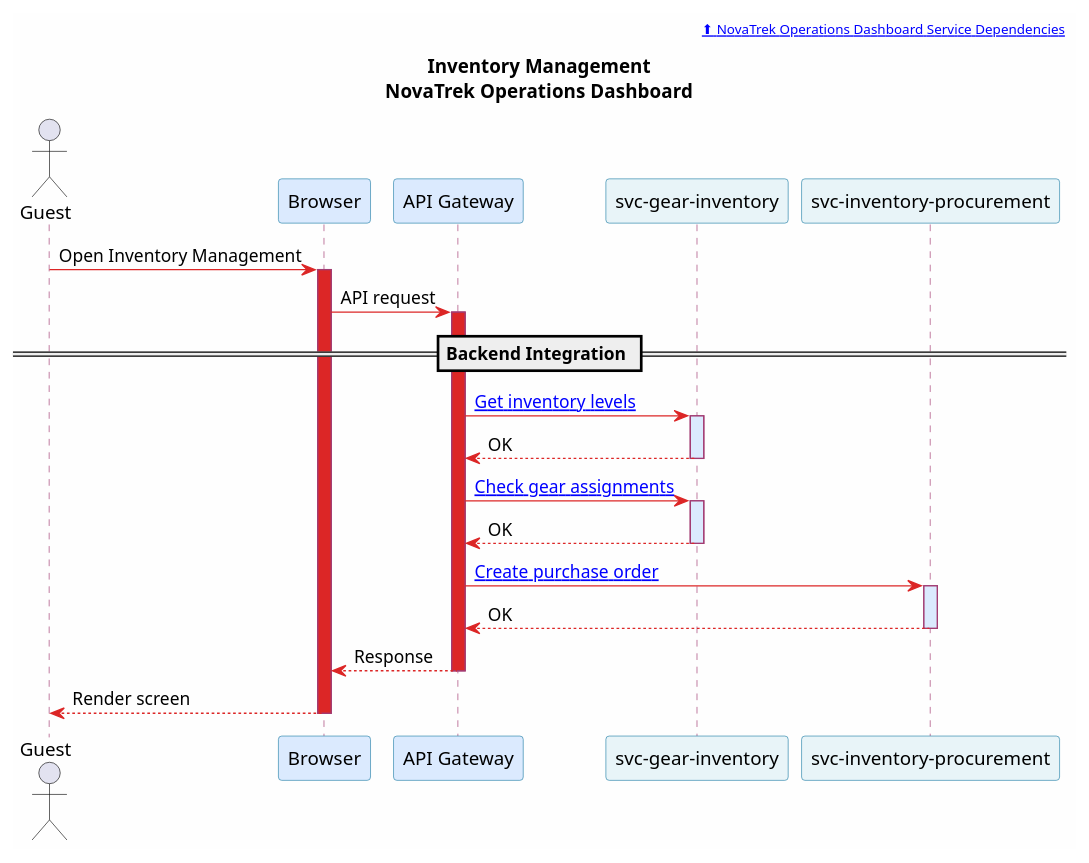
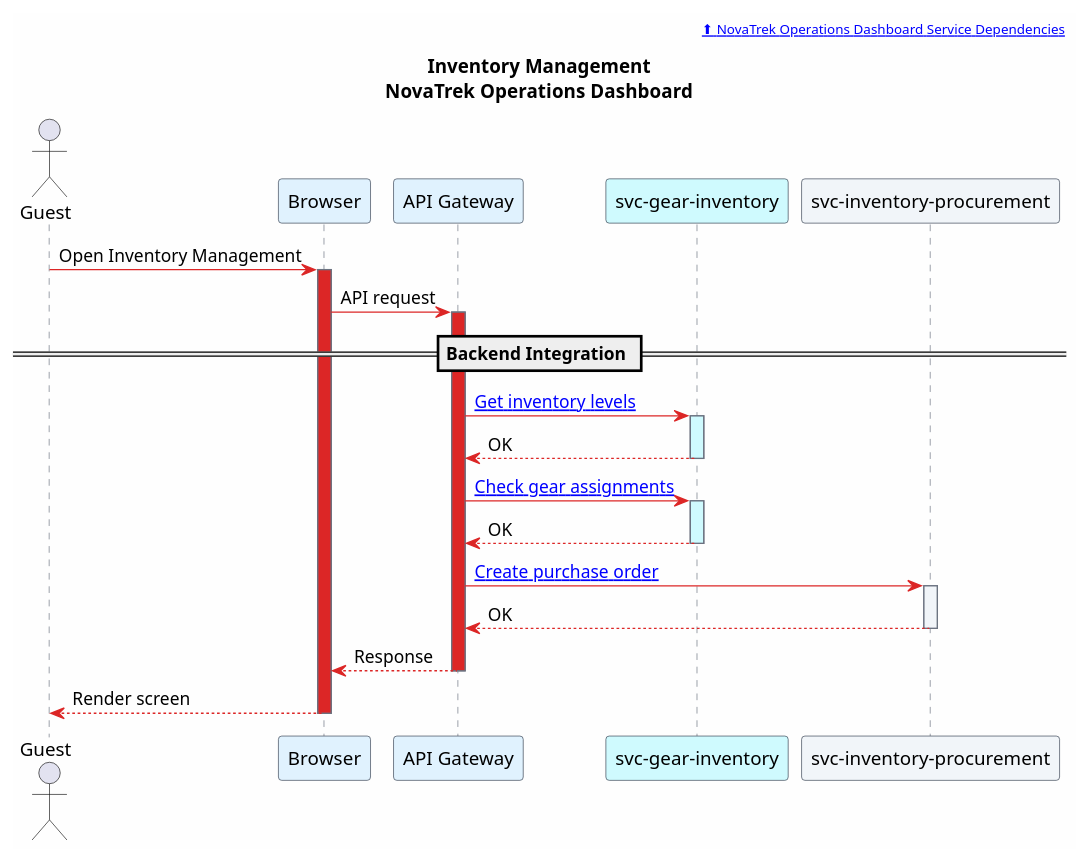
The diagram in portal/site/applications/puml/web-ops-dashboard--inventory-management.puml (christopherblaisdell/continuous-architecture-platform-poc), drawn with PlantUML before and after one commit. The commit also changed 727 other files, not shown here.

```diff
--- a/portal/site/applications/puml/web-ops-dashboard--inventory-management.puml
+++ b/portal/site/applications/puml/web-ops-dashboard--inventory-management.puml
@@ -1,54 +1,54 @@
 @startuml web-ops-dashboard--inventory-management
 
 skinparam backgroundColor #FEFEFE
 skinparam shadowing false
 skinparam defaultFontName "Segoe UI"
 skinparam sequence {
     ArrowColor #dc2626
-    ParticipantBorderColor #2E86AB
-    ParticipantBackgroundColor #E8F4F8
-    LifeLineBorderColor #A23B72
-    BoxBorderColor #F18F01
-    BoxBackgroundColor #FFF8F0
-    NoteBorderColor #c77b30
-    NoteBackgroundColor #FEF3E7
+    ParticipantBorderColor #374151
+    ParticipantBackgroundColor #F9FAFB
+    LifeLineBorderColor #6B7280
+    BoxBorderColor #94A3B8
+    BoxBackgroundColor #F8FAFC
+    NoteBorderColor #64748B
+    NoteBackgroundColor #F8FAFC
 }
 
 header [[/applications/web-ops-dashboard/#service-dependencies ⬆ NovaTrek Operations Dashboard Service Dependencies]]
 
 title Inventory Management\nNovaTrek Operations Dashboard
 
 actor "Guest" as User [[/actors/#guest]]
-participant "Browser" as App [[/applications/web-ops-dashboard/]] #DBEAFE
-participant "API Gateway" as GW [[/actors/#api-gateway]] #DBEAFE
-participant "svc-gear-inventory" as GI [[/microservices/svc-gear-inventory/]] #E8F4F8
-participant "svc-inventory-procurement" as IP [[/microservices/svc-inventory-procurement/]] #E8F4F8
+participant "Browser" as App [[/applications/web-ops-dashboard/]] #E0F2FE
+participant "API Gateway" as GW [[/actors/#api-gateway]] #E0F2FE
+participant "svc-gear-inventory" as GI [[/microservices/svc-gear-inventory/]] #CFFAFE
+participant "svc-inventory-procurement" as IP [[/microservices/svc-inventory-procurement/]] #F1F5F9
 
 User -> App : Open Inventory Management
 activate App #dc2626
 App -> GW : API request
 activate GW #dc2626
 
 == Backend Integration ==
 
 GW -> GI : [[/microservices/svc-gear-inventory/#get-gear-items-search-gear-inventory Get inventory levels]]
-activate GI #DBEAFE
+activate GI #CFFAFE
 GI --> GW : OK
 deactivate GI
 
 GW -> GI : [[/microservices/svc-gear-inventory/#get-gear-assignmentsassignment_id-get-gear-assignment-details Check gear assignments]]
-activate GI #DBEAFE
+activate GI #CFFAFE
 GI --> GW : OK
 deactivate GI
 
 GW -> IP : [[/microservices/svc-inventory-procurement/#post-purchase-orders-create-a-new-purchase-order Create purchase order]]
-activate IP #DBEAFE
+activate IP #F1F5F9
 IP --> GW : OK
 deactivate IP
 
 GW --> App : Response
 deactivate GW
 App --> User : Render screen
 deactivate App
 
 @enduml
```
